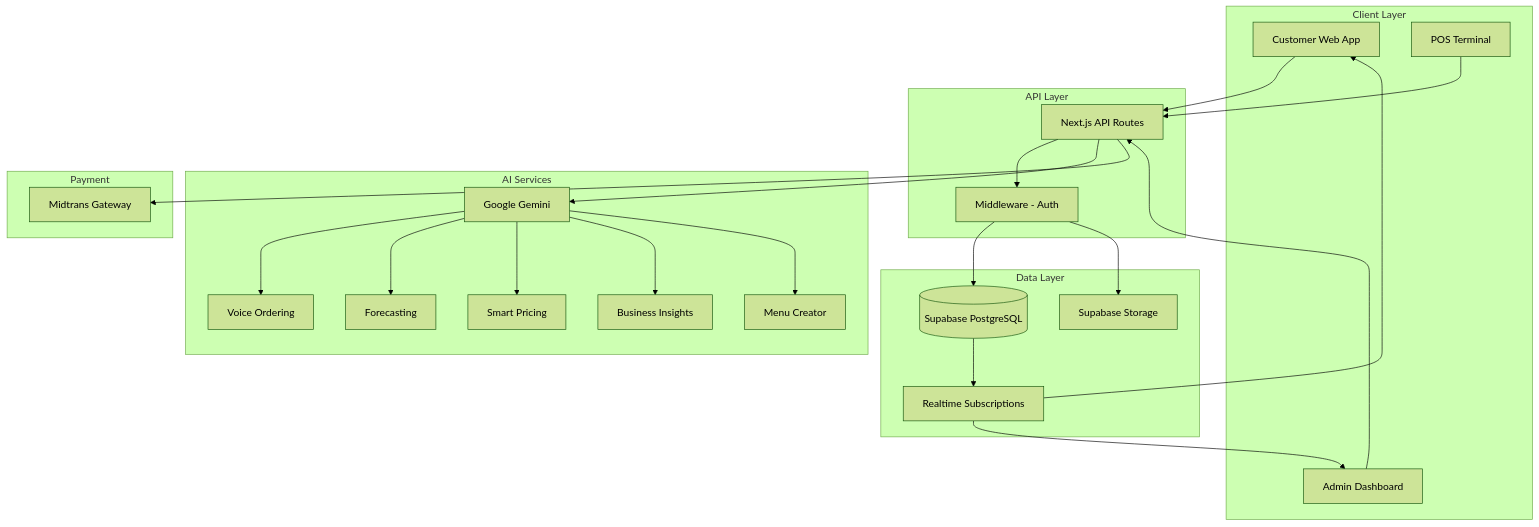
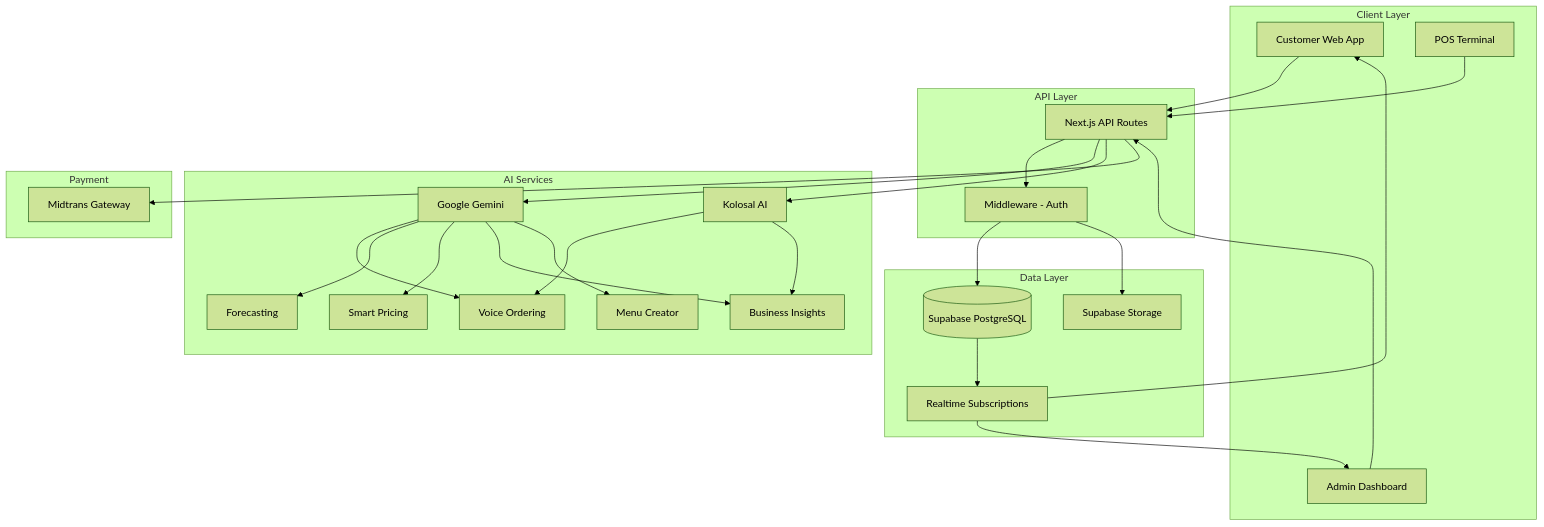
The first of 7 diagrams in README.md (mocharil/savora), drawn with Mermaid (forest theme) before and after one commit. The commit also changed other lines of this file, not shown here.

First line of the commit message:
docs: Add Kolosal AI and fix project structure in README

````diff
--- a/README.md
+++ b/README.md
@@ -67,49 +68,53 @@
 ```mermaid
 flowchart TB
     subgraph Client["Client Layer"]
         CW[Customer Web App]
         AW[Admin Dashboard]
         POS[POS Terminal]
     end
 
     subgraph API["API Layer"]
         NEXT[Next.js API Routes]
         MW[Middleware - Auth]
     end
 
     subgraph AI["AI Services"]
         GEM[Google Gemini]
+        KOL[Kolosal AI]
         VO[Voice Ordering]
         FC[Forecasting]
         PR[Smart Pricing]
         IN[Business Insights]
         MC[Menu Creator]
     end
 
     subgraph Data["Data Layer"]
         SB[(Supabase PostgreSQL)]
         ST[Supabase Storage]
         RT[Realtime Subscriptions]
     end
 
     subgraph Payment["Payment"]
         MT[Midtrans Gateway]
     end
 
     CW --> NEXT
     AW --> NEXT
     POS --> NEXT
     NEXT --> MW
     MW --> SB
     MW --> ST
     NEXT --> GEM
+    NEXT --> KOL
     GEM --> VO
     GEM --> FC
     GEM --> PR
     GEM --> IN
     GEM --> MC
+    KOL --> VO
+    KOL --> IN
     NEXT --> MT
     SB --> RT
     RT --> CW
     RT --> AW
 ```
````
